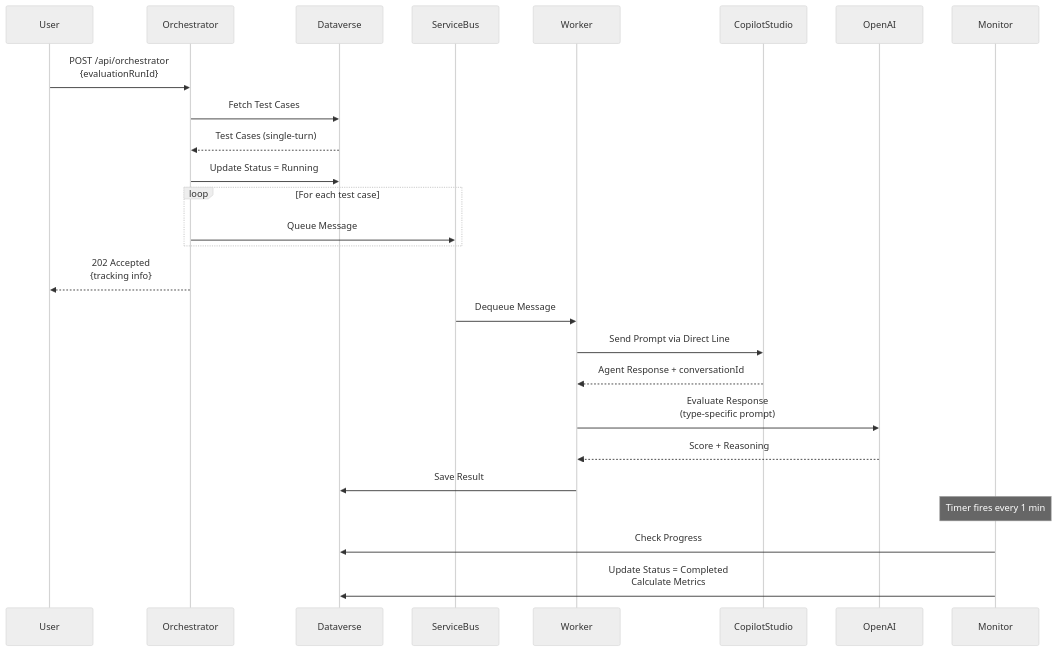
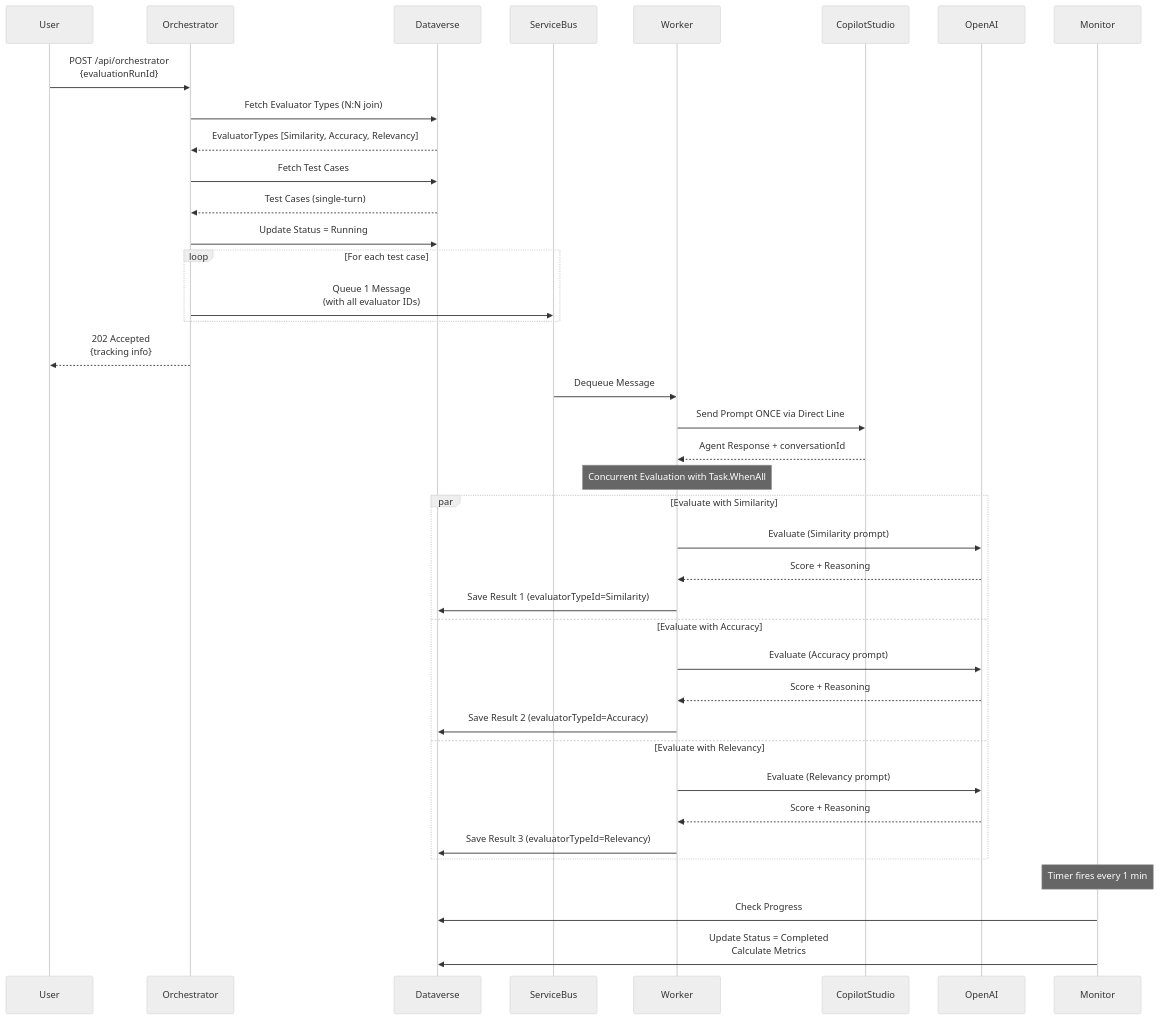
Before and after one commit to smfpride/ai-agent-evaluation: the second of 7 diagrams in docs/ARCHITECTURE.md, drawn with Mermaid (neutral theme). The commit also changed other lines of this file and 2 other files, not shown here.

Commit message:
docs: complete documentation for multi-evaluator support with efficiency optimizations

````diff
--- a/docs/ARCHITECTURE.md
+++ b/docs/ARCHITECTURE.md
@@ -621,33 +663,47 @@
 ```mermaid
 sequenceDiagram
     participant User
     participant Orchestrator
     participant Dataverse
     participant ServiceBus
     participant Worker
     participant CopilotStudio
     participant OpenAI
     participant Monitor
 
     User->>Orchestrator: POST /api/orchestrator<br/>{evaluationRunId}
+    Orchestrator->>Dataverse: Fetch Evaluator Types (N:N join)
+    Dataverse-->>Orchestrator: EvaluatorTypes [Similarity, Accuracy, Relevancy]
     Orchestrator->>Dataverse: Fetch Test Cases
     Dataverse-->>Orchestrator: Test Cases (single-turn)
     Orchestrator->>Dataverse: Update Status = Running
     
     loop For each test case
-        Orchestrator->>ServiceBus: Queue Message
+        Orchestrator->>ServiceBus: Queue 1 Message<br/>(with all evaluator IDs)
     end
     
     Orchestrator-->>User: 202 Accepted<br/>{tracking info}
 
     ServiceBus->>Worker: Dequeue Message
-    Worker->>CopilotStudio: Send Prompt via Direct Line
+    Worker->>CopilotStudio: Send Prompt ONCE via Direct Line
     CopilotStudio-->>Worker: Agent Response + conversationId
-    Worker->>OpenAI: Evaluate Response<br/>(type-specific prompt)
-    OpenAI-->>Worker: Score + Reasoning
-    Worker->>Dataverse: Save Result
+    
+    Note over Worker: Concurrent Evaluation with Task.WhenAll
+    par Evaluate with Similarity
+        Worker->>OpenAI: Evaluate (Similarity prompt)
+        OpenAI-->>Worker: Score + Reasoning
+        Worker->>Dataverse: Save Result 1 (evaluatorTypeId=Similarity)
+    and Evaluate with Accuracy  
+        Worker->>OpenAI: Evaluate (Accuracy prompt)
+        OpenAI-->>Worker: Score + Reasoning
+        Worker->>Dataverse: Save Result 2 (evaluatorTypeId=Accuracy)
+    and Evaluate with Relevancy
+        Worker->>OpenAI: Evaluate (Relevancy prompt)
+        OpenAI-->>Worker: Score + Reasoning
+        Worker->>Dataverse: Save Result 3 (evaluatorTypeId=Relevancy)
+    end
     
     Note over Monitor: Timer fires every 1 min
     Monitor->>Dataverse: Check Progress
     Monitor->>Dataverse: Update Status = Completed<br/>Calculate Metrics
 ```
````
